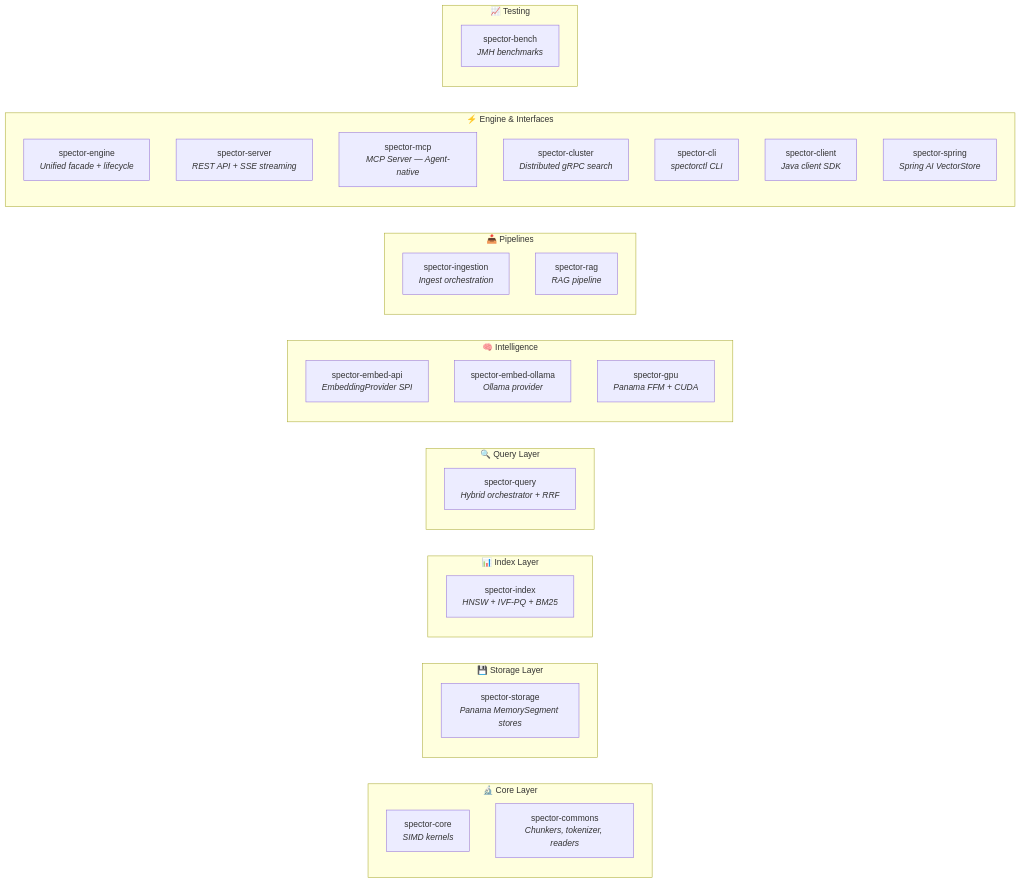
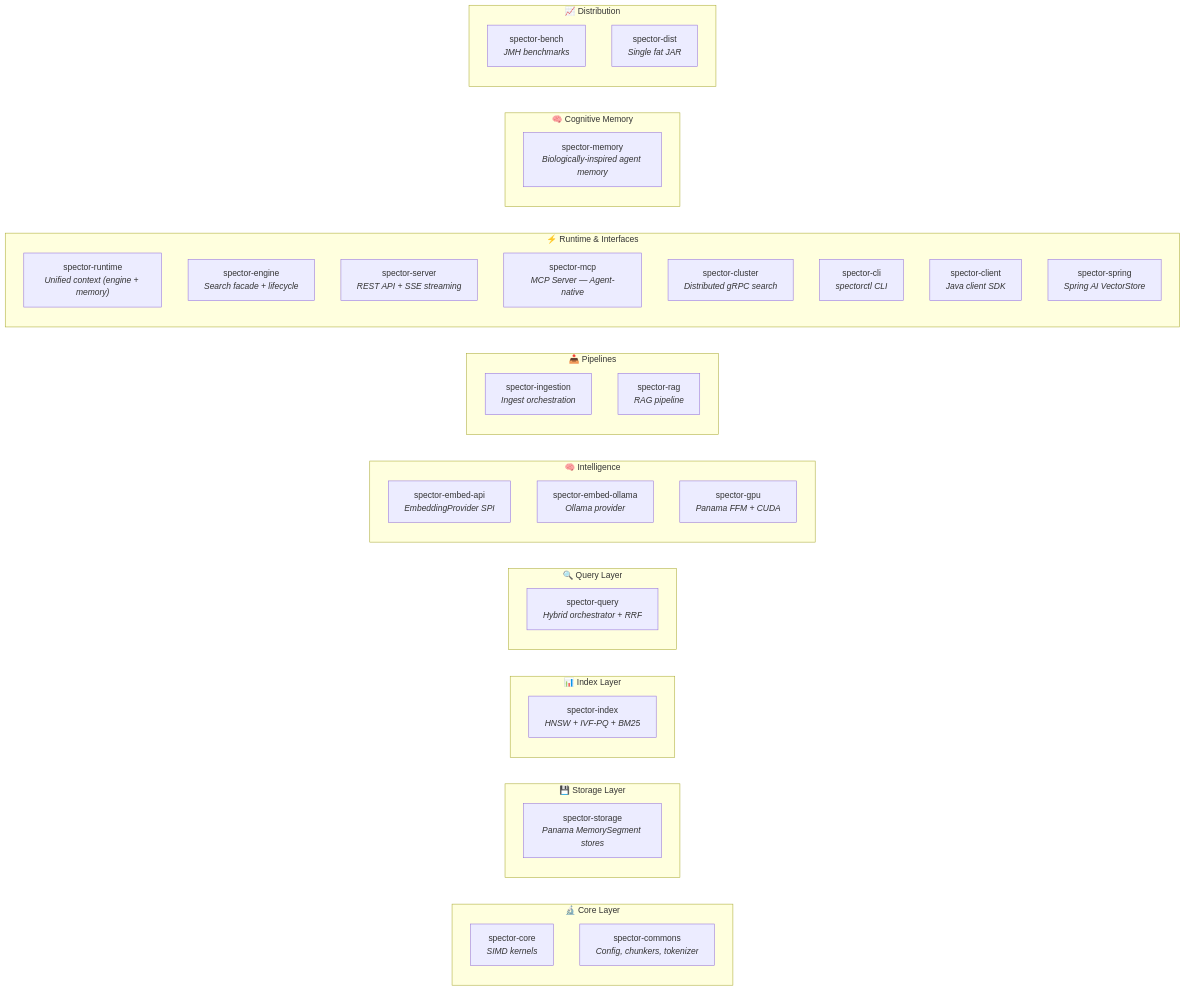
One commit to spectrayan/spector-search changed the first of 7 diagrams in docs/docs/architecture/overview.md. Above: the diagram before and after it, drawn with Mermaid. The commit also changed other lines of this file and 4 other files, not shown here.

First line of the commit message:
docs: comprehensive documentation update for SpectorRuntime + spector-dist

````diff
--- a/docs/docs/architecture/overview.md
+++ b/docs/docs/architecture/overview.md
@@ -9,44 +9,50 @@
 ```mermaid
 graph LR
     subgraph "🔬 Core Layer"
         core["spector-core<br/><i>SIMD kernels</i>"]
-        commons["spector-commons<br/><i>Chunkers, tokenizer, readers</i>"]
+        commons["spector-commons<br/><i>Config, chunkers, tokenizer</i>"]
     end
 
     subgraph "💾 Storage Layer"
         storage["spector-storage<br/><i>Panama MemorySegment stores</i>"]
     end
 
     subgraph "📊 Index Layer"
         index["spector-index<br/><i>HNSW + IVF-PQ + BM25</i>"]
     end
 
     subgraph "🔍 Query Layer"
         query["spector-query<br/><i>Hybrid orchestrator + RRF</i>"]
     end
 
     subgraph "🧠 Intelligence"
         embedapi["spector-embed-api<br/><i>EmbeddingProvider SPI</i>"]
         embedollama["spector-embed-ollama<br/><i>Ollama provider</i>"]
         gpu["spector-gpu<br/><i>Panama FFM + CUDA</i>"]
     end
 
     subgraph "📥 Pipelines"
         ingestion["spector-ingestion<br/><i>Ingest orchestration</i>"]
         rag["spector-rag<br/><i>RAG pipeline</i>"]
     end
 
-    subgraph "⚡ Engine & Interfaces"
-        engine["spector-engine<br/><i>Unified facade + lifecycle</i>"]
+    subgraph "⚡ Runtime & Interfaces"
+        runtime["spector-runtime<br/><i>Unified context (engine + memory)</i>"]
+        engine["spector-engine<br/><i>Search facade + lifecycle</i>"]
         server["spector-server<br/><i>REST API + SSE streaming</i>"]
         mcp["spector-mcp<br/><i>MCP Server — Agent-native</i>"]
         cluster["spector-cluster<br/><i>Distributed gRPC search</i>"]
         cli["spector-cli<br/><i>spectorctl CLI</i>"]
         client["spector-client<br/><i>Java client SDK</i>"]
         spring["spector-spring<br/><i>Spring AI VectorStore</i>"]
     end
 
-    subgraph "📈 Testing"
+    subgraph "🧠 Cognitive Memory"
+        memory["spector-memory<br/><i>Biologically-inspired agent memory</i>"]
+    end
+
+    subgraph "📈 Distribution"
         bench["spector-bench<br/><i>JMH benchmarks</i>"]
+        dist["spector-dist<br/><i>Single fat JAR</i>"]
     end
 ```
````
